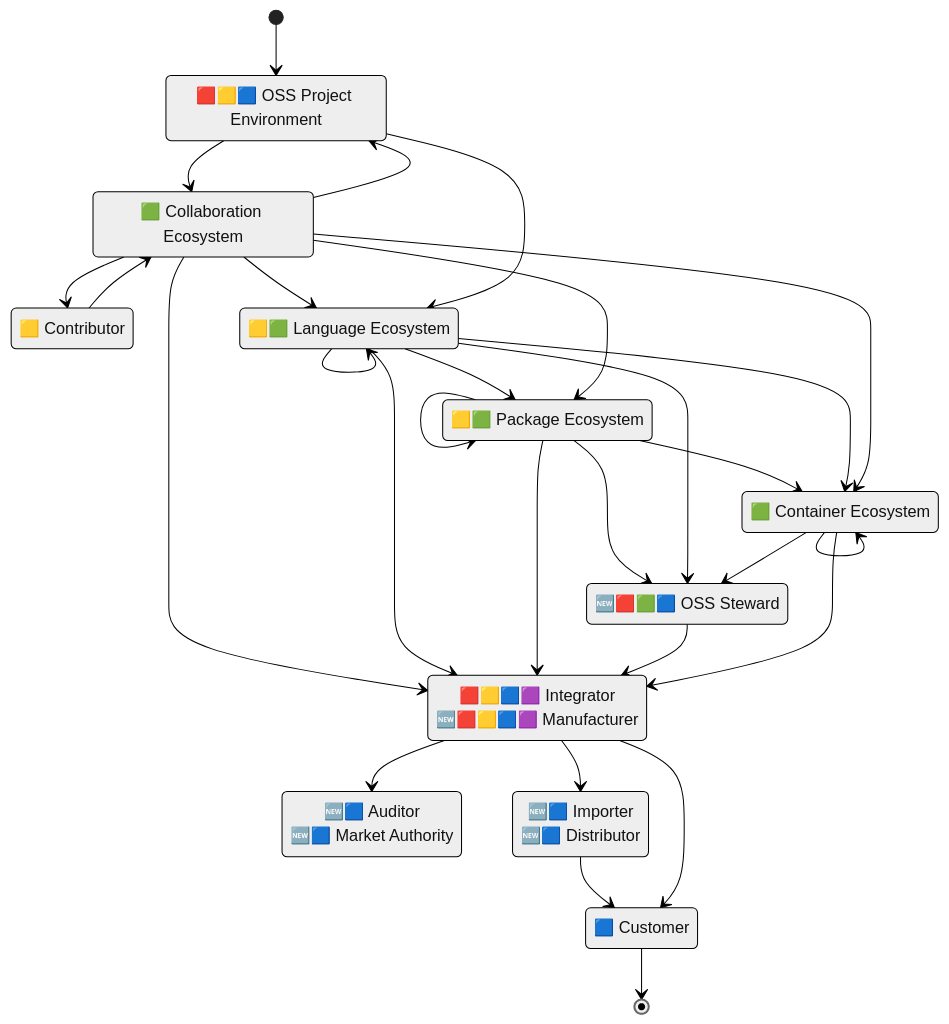
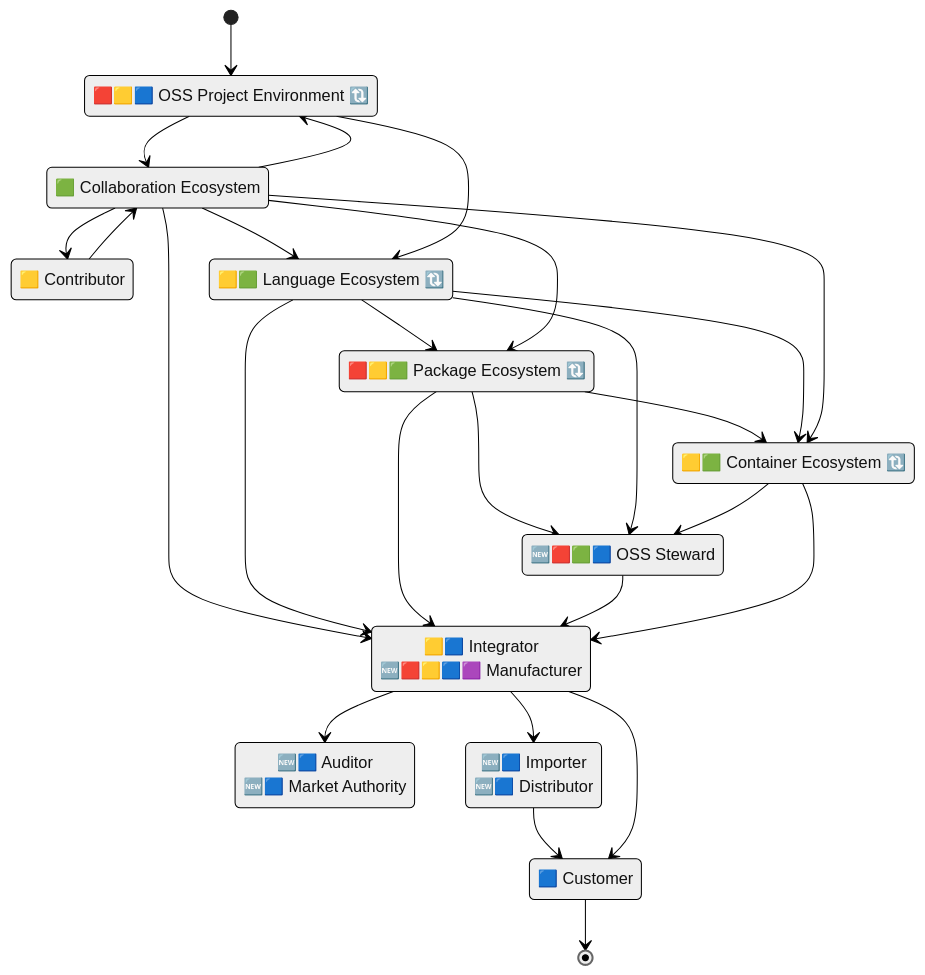
Before and after one commit to CPAN-Security/security.metacpan.org: the second of 5 diagrams in docs/supplychain-sbom.md, drawn with Mermaid (neutral theme). The commit also changed other lines of this file, not shown here.

Commit message:
Replace self-references in graphs with a 🔃

````diff
--- a/docs/supplychain-sbom.md
+++ b/docs/supplychain-sbom.md
@@ -133,48 +133,45 @@
 ```mermaid
 stateDiagram-v2
     direction TB
 
-    state "🟥🟨🟦 OSS Project Environment" as environment_project
+    state "🟥&zwj;🟨&zwj;🟦&nbsp;OSS&nbsp;Project&nbsp;Environment&nbsp;🔃" as environment_project
     state "🟨 Contributor" as environment_contributor
-    state "🟩 Collaboration Ecosystem" as ecosystem_forge
-    state "🟨🟩 Language Ecosystem" as ecosystem_lang
-    state "🟨🟩 Package Ecosystem" as ecosystem_package
-    state "🟩 Container Ecosystem" as ecosystem_container
+    state "🟩&nbsp;Collaboration&nbsp;Ecosystem" as ecosystem_forge
+    state "🟨&zwj;🟩&nbsp;Language&nbsp;Ecosystem&nbsp;🔃" as ecosystem_lang
+    state "🟥&zwj;🟨&zwj;🟩&nbsp;Package&nbsp;Ecosystem&nbsp;🔃" as ecosystem_package
+    state "🟨&zwj;🟩&nbsp;Container&nbsp;Ecosystem&nbsp;🔃" as ecosystem_container
     state "🆕🟥🟩🟦 OSS Steward" as ecosystem_steward
-    state "🟥🟨🟦🟪 Integrator<br>🆕&zwj;🟥&zwj;🟨&zwj;🟦&zwj;🟪&nbsp;Manufacturer" as environment_integrator
+    state "🟨🟦 Integrator<br>🆕&zwj;🟥&zwj;🟨&zwj;🟦&zwj;🟪&nbsp;Manufacturer" as environment_integrator
     state "🆕🟦 Auditor<br>🆕🟦 Market Authority" as authority_auditor
     state "🆕🟦 Importer<br>🆕🟦 Distributor" as environment_market
     state "🟦 Customer" as environment_customer
 
     [*]                      --> environment_project
     ecosystem_forge          --> environment_project
     ecosystem_forge          --> environment_contributor
     ecosystem_forge          --> ecosystem_lang
     environment_project      --> ecosystem_forge
     environment_project      --> ecosystem_lang
     environment_contributor  --> ecosystem_forge
     ecosystem_lang           --> ecosystem_package
     ecosystem_forge          --> ecosystem_package
-    ecosystem_lang           --> ecosystem_lang
     ecosystem_package        --> ecosystem_container
     ecosystem_forge          --> environment_integrator
     ecosystem_lang           --> environment_integrator
     ecosystem_lang           --> ecosystem_container
     ecosystem_forge          --> ecosystem_container
     ecosystem_package        --> environment_integrator
     ecosystem_package        --> ecosystem_steward
     ecosystem_lang           --> ecosystem_steward
-    ecosystem_package        --> ecosystem_package
     ecosystem_container      --> ecosystem_steward
     ecosystem_steward        --> environment_integrator
-    ecosystem_container      --> ecosystem_container
     ecosystem_container      --> environment_integrator
     environment_integrator   --> authority_auditor
     environment_integrator   --> environment_market
     environment_market       --> environment_customer
     environment_integrator   --> environment_customer
     environment_customer     --> [*]
 
     %% Copyright © 2025 Salve J. Nilsen <sjn@oslo.pm>
     %% Some rights reserved. Licensed CC-BY-SA-4.0
 ```
````
